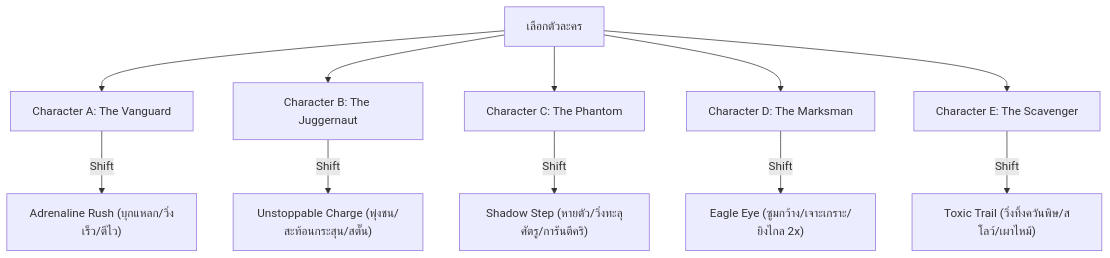
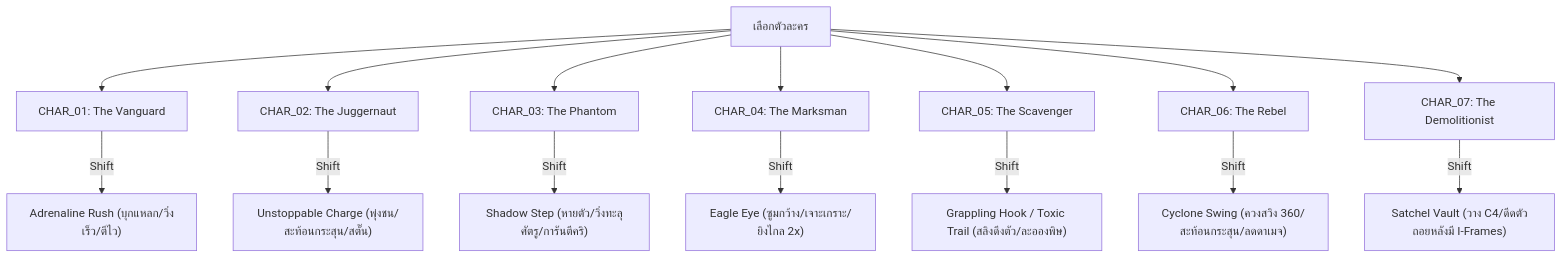
Before and after one commit to QNIIKE1234/TheLastEmpire: the diagram in GDD/character-design.md, drawn with Mermaid. The commit also changed other lines of this file, not shown here.

Commit message:
docs(gdd): update character design document with all 7 playable operatives, lore, and amnesia clues

````diff
--- a/GDD/character-design.md
+++ b/GDD/character-design.md
@@ -26,14 +33,18 @@
 ```mermaid
 graph TD
-    PlayerChoice[เลือกตัวละคร] --> CharA[Character A: The Vanguard]
-    PlayerChoice --> CharB[Character B: The Juggernaut]
-    PlayerChoice --> CharC[Character C: The Phantom]
-    PlayerChoice --> CharD[Character D: The Marksman]
-    PlayerChoice --> CharE[Character E: The Scavenger]
+    PlayerChoice[เลือกตัวละคร] --> CharA[CHAR_01: The Vanguard]
+    PlayerChoice --> CharB[CHAR_02: The Juggernaut]
+    PlayerChoice --> CharC[CHAR_03: The Phantom]
+    PlayerChoice --> CharD[CHAR_04: The Marksman]
+    PlayerChoice --> CharE[CHAR_05: The Scavenger]
+    PlayerChoice --> CharF[CHAR_06: The Rebel]
+    PlayerChoice --> CharG[CHAR_07: The Demolitionist]
 
     CharA --> |Shift| SkillA["Adrenaline Rush (บุกแหลก/วิ่งเร็ว/ตีไว)"]
     CharB --> |Shift| SkillB["Unstoppable Charge (พุ่งชน/สะท้อนกระสุน/สตั๊น)"]
     CharC --> |Shift| SkillC["Shadow Step (หายตัว/วิ่งทะลุศัตรู/การันตีคริ)"]
     CharD --> |Shift| SkillD["Eagle Eye (ซูมกว้าง/เจาะเกราะ/ยิงไกล 2x)"]
-    CharE --> |Shift| SkillE["Toxic Trail (วิ่งทิ้งควันพิษ/สโลว์/เผาไหม้)"]
+    CharE --> |Shift| SkillE["Grappling Hook / Toxic Trail (สลิงดึงตัว/ละอองพิษ)"]
+    CharF --> |Shift| SkillF["Cyclone Swing (ควงสวิง 360/สะท้อนกระสุน/ลดดาเมจ)"]
+    CharG --> |Shift| SkillG["Satchel Vault (วาง C4/ดีดตัวถอยหลังมี I-Frames)"]
 ```
````
